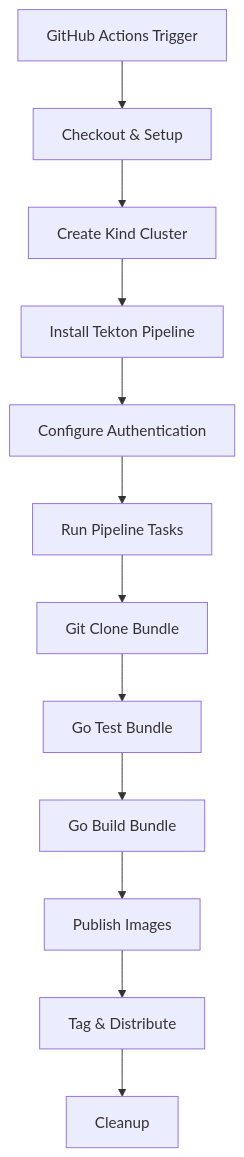
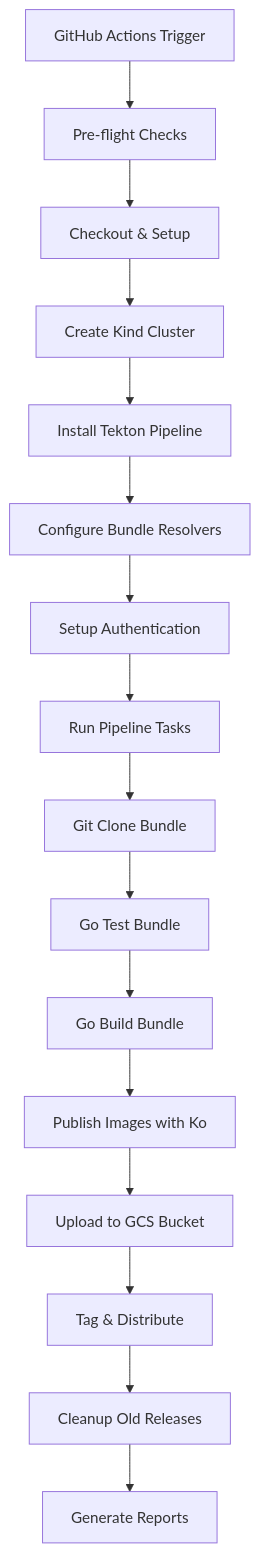
The diagram in docs/nightly-releases.md (anithapriyanatarajan/pipeline), drawn with Mermaid before and after one commit. The commit also changed other lines of this file and 9 other files, not shown here.

````diff
--- a/docs/nightly-releases.md
+++ b/docs/nightly-releases.md
@@ -32,14 +37,18 @@
 ```mermaid
 graph TD
-    A[GitHub Actions Trigger] --> B[Checkout & Setup]
-    B --> C[Create Kind Cluster]
-    C --> D[Install Tekton Pipeline]
-    D --> E[Configure Authentication]
-    E --> F[Run Pipeline Tasks]
-    F --> G[Git Clone Bundle]
-    G --> H[Go Test Bundle]
-    H --> I[Go Build Bundle]
-    I --> J[Publish Images]
-    J --> K[Tag & Distribute]
-    K --> L[Cleanup]
+    A[GitHub Actions Trigger] --> B[Pre-flight Checks]
+    B --> C[Checkout & Setup]
+    C --> D[Create Kind Cluster]
+    D --> E[Install Tekton Pipeline]
+    E --> F[Configure Bundle Resolvers]
+    F --> G[Setup Authentication]
+    G --> H[Run Pipeline Tasks]
+    H --> I[Git Clone Bundle]
+    I --> J[Go Test Bundle]
+    J --> K[Go Build Bundle]
+    K --> L[Publish Images with Ko]
+    L --> M[Upload to GCS Bucket]
+    M --> N[Tag & Distribute]
+    N --> O[Cleanup Old Releases]
+    O --> P[Generate Reports]
 ```
````
